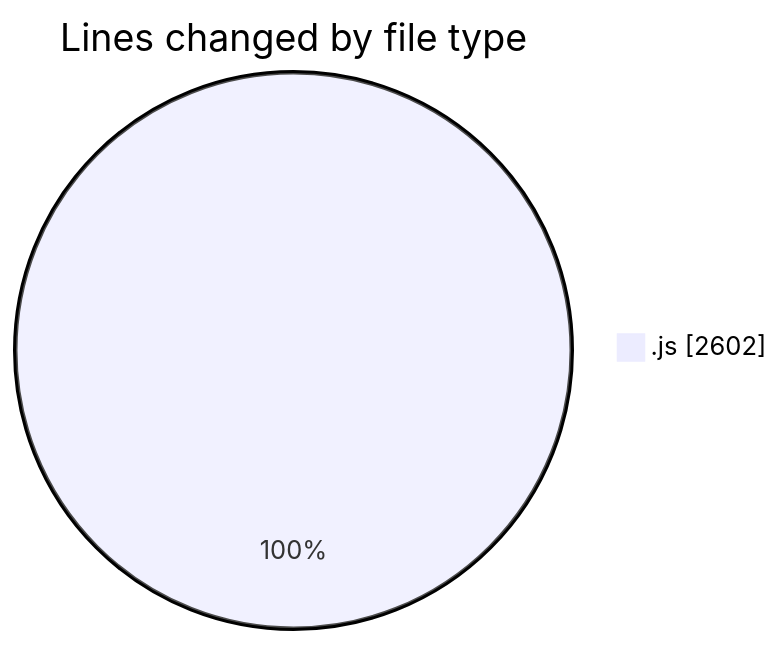
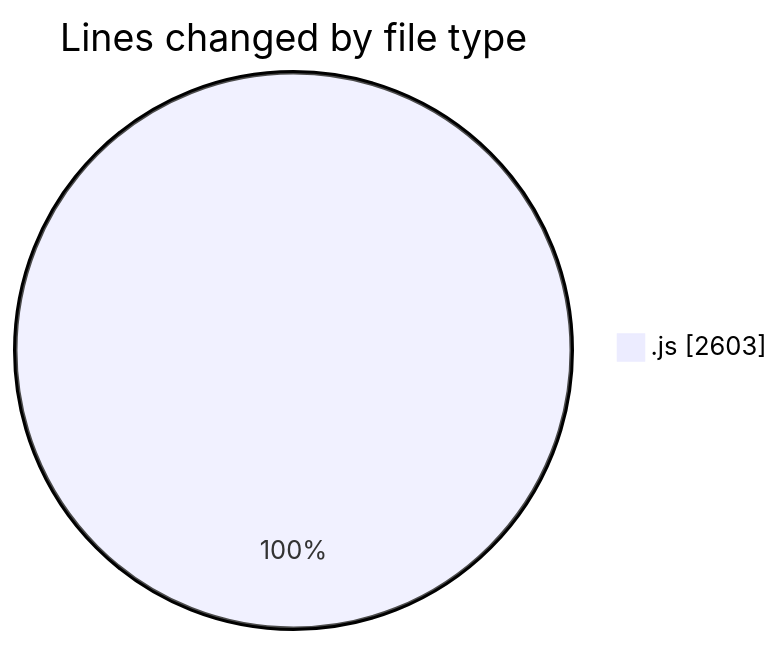
One commit to nxtqubesakshisongat/code-tracking changed the first of 2 diagrams in 2025-09-03/nxtqube_webapp/README.md. Above: the diagram before and after it, drawn with Mermaid. The commit also changed other lines of this file and 1 other file, not shown here.

````diff
--- a/2025-09-03/nxtqube_webapp/README.md
+++ b/2025-09-03/nxtqube_webapp/README.md
@@ -20,5 +20,5 @@
 ```mermaid
 pie showData
 title Lines changed by file type
-".js" : 2602
+".js" : 2603
 ```
````
